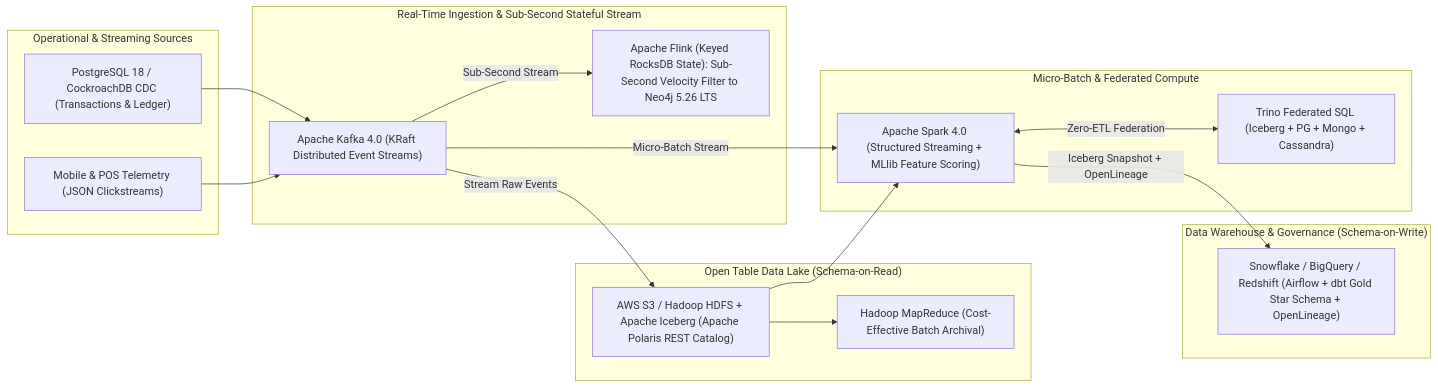
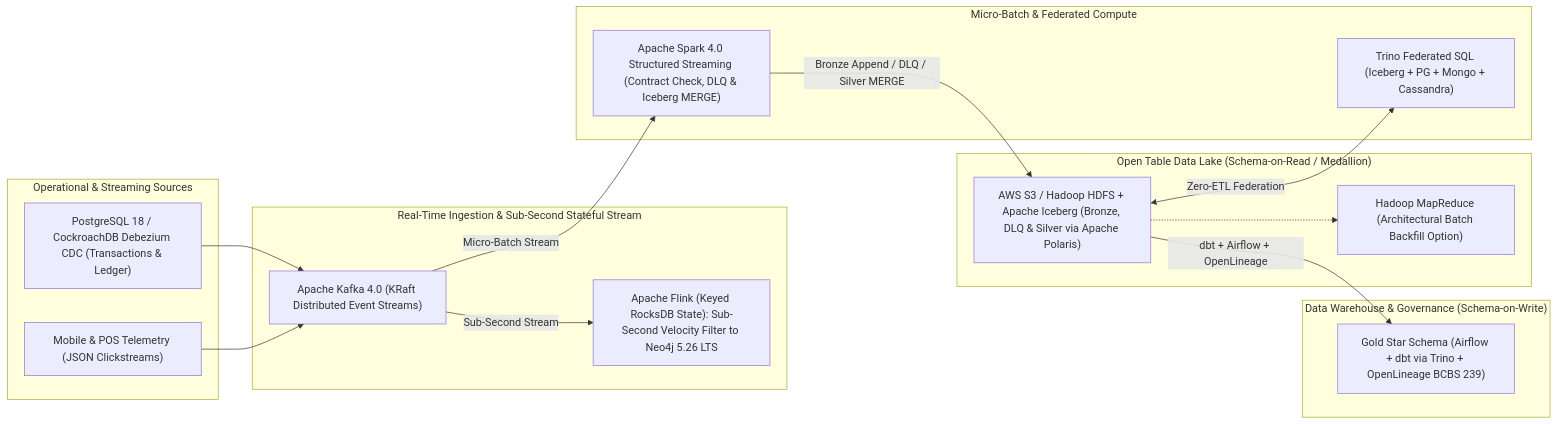
The second of 2 diagrams in portfolio-5-distributed-cloud/README.md (D0nG4667/gpmorgan-forge-de-portfolio), drawn with Mermaid before and after one commit. The commit also changed other lines of this file and 9 other files, not shown here.

````diff
--- a/portfolio-5-distributed-cloud/README.md
+++ b/portfolio-5-distributed-cloud/README.md
@@ -77,36 +77,35 @@
 ```mermaid
 flowchart LR
     subgraph Sources["Operational & Streaming Sources"]
-        OLTP["PostgreSQL 18 / CockroachDB CDC (Transactions & Ledger)"]
+        OLTP["PostgreSQL 18 / CockroachDB Debezium CDC (Transactions & Ledger)"]
         POS["Mobile & POS Telemetry (JSON Clickstreams)"]
     end
 
     subgraph Streaming["Real-Time Ingestion & Sub-Second Stateful Stream"]
         Kafka["Apache Kafka 4.0 (KRaft Distributed Event Streams)"]
         Flink["Apache Flink (Keyed RocksDB State): Sub-Second Velocity Filter to Neo4j 5.26 LTS"]
     end
 
-    subgraph Lake["Open Table Data Lake (Schema-on-Read)"]
-        HDFS["AWS S3 / Hadoop HDFS + Apache Iceberg (Apache Polaris REST Catalog)"]
-        MapReduce["Hadoop MapReduce (Cost-Effective Batch Archival)"]
-    end
-
     subgraph Compute["Micro-Batch & Federated Compute"]
-        Spark["Apache Spark 4.0 (Structured Streaming + MLlib Feature Scoring)"]
+        Spark["Apache Spark 4.0 Structured Streaming (Contract Check, DLQ & Iceberg MERGE)"]
         Trino["Trino Federated SQL (Iceberg + PG + Mongo + Cassandra)"]
     end
 
+    subgraph Lake["Open Table Data Lake (Schema-on-Read / Medallion)"]
+        HDFS["AWS S3 / Hadoop HDFS + Apache Iceberg (Bronze, DLQ & Silver via Apache Polaris)"]
+        MapReduce["Hadoop MapReduce (Architectural Batch Backfill Option)"]
+    end
+
     subgraph Warehouse["Data Warehouse & Governance (Schema-on-Write)"]
-        DWH["Snowflake / BigQuery / Redshift (Airflow + dbt Gold Star Schema + OpenLineage)"]
+        DWH["Gold Star Schema (Airflow + dbt via Trino + OpenLineage BCBS 239)"]
     end
 
     OLTP --> Kafka
     POS --> Kafka
     Kafka -->|"Sub-Second Stream"| Flink
-    Kafka -->|"Stream Raw Events"| HDFS
     Kafka -->|"Micro-Batch Stream"| Spark
-    HDFS --> MapReduce
-    HDFS --> Spark
-    Spark -->|"Iceberg Snapshot + OpenLineage"| DWH
-    Spark <-->|"Zero-ETL Federation"| Trino
+    Spark -->|"Bronze Append / DLQ / Silver MERGE"| HDFS
+    HDFS -.-> MapReduce
+    HDFS -->|"dbt + Airflow + OpenLineage"| DWH
+    HDFS <-->|"Zero-ETL Federation"| Trino
 ```
````
